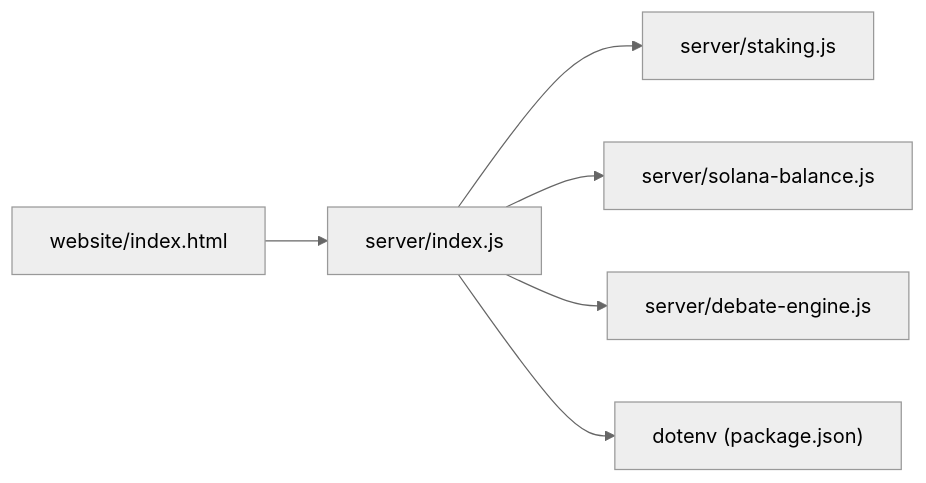
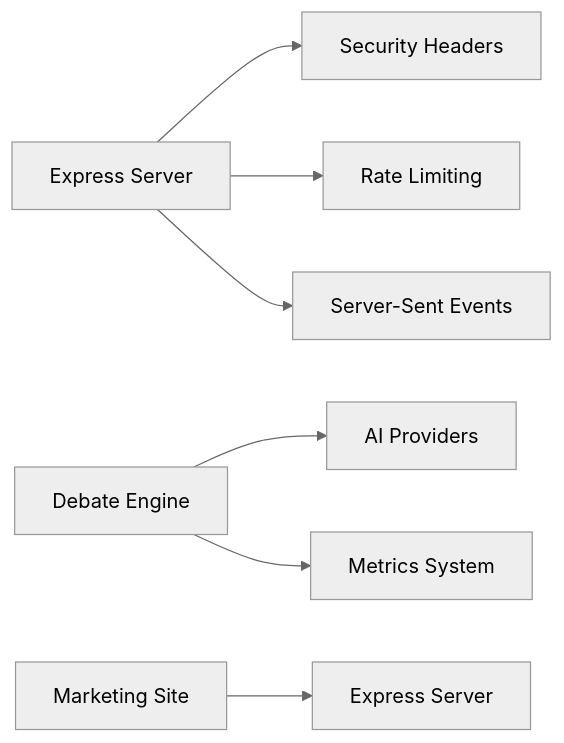
Before and after one commit to RunTimeAdmin/tri-ai: the fourth of 4 diagrams in .qoder/repowiki/en/content/Blockchain Integration/Tokenomics & Economic Model.md, drawn with Mermaid (neutral theme). The commit also changed other lines of this file and 46 other files, not shown here.

Commit message:
Harden API security, add debate persistence, clean up repo

````diff
--- a/.qoder/repowiki/en/content/Blockchain Integration/Tokenomics & Economic Model.md
+++ b/.qoder/repowiki/en/content/Blockchain Integration/Tokenomics & Economic Model.md
@@ -340,8 +199,9 @@
 ```mermaid
 graph LR
-Express["server/index.js"] --> Staking["server/staking.js"]
-Express --> Solana["server/solana-balance.js"]
-Express --> Engine["server/debate-engine.js"]
-Express --> Dotenv["dotenv (package.json)"]
-Website["website/index.html"] --> Express
+Express["Express Server"] --> Helmet["Security Headers"]
+Express --> RateLimit["Rate Limiting"]
+Express --> SSE["Server-Sent Events"]
+Engine["Debate Engine"] --> Providers["AI Providers"]
+Engine --> Metrics["Metrics System"]
+Website["Marketing Site"] --> Server["Express Server"]
 ```
````
